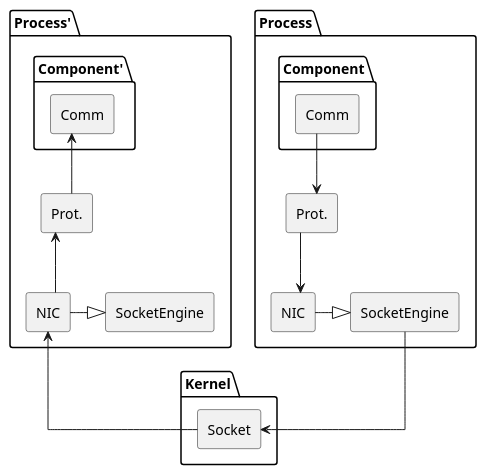
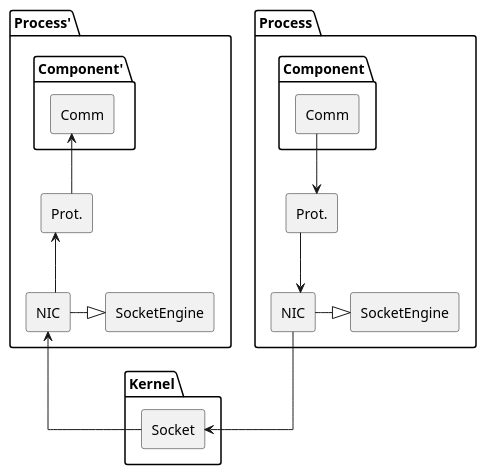
Before and after one commit to jcconnects/UFSC-INE5424: the diagram in doc/uml/02-process_thread_diagram.puml, drawn with PlantUML. The commit also changed 11 other files, not shown here.

Commit message:
move tests and classes diagrams to specific folders

```diff
--- a/doc/uml/02-process_thread_diagram.puml
+++ b/doc/uml/02-process_thread_diagram.puml
@@ -1,44 +1,44 @@
 @startuml 02-process_thread_diagram
 
 ' Style definitions
 skinparam componentStyle rectangle
 skinparam backgroundColor white
 skinparam linetype ortho
 
 ' Process Components
 package "Process" {
   package "Component" {
     component [Comm] as comm1
   }
   component [Prot.] as prot1
   component [NIC] as nic1
   component [SocketEngine] as SocketEngine1
   
   comm1 --> prot1
   prot1 --> nic1
   nic1 -|> SocketEngine1
 }
 
 ' Second Process with Threads
 package "Process'" {
   package "Component'" {
     component [Comm] as comm2
   }
     component [Prot.] as prot2
     component [NIC] as nic2
     component [SocketEngine] as SocketEngine2
     
   nic2 -|> SocketEngine2
   prot2 <-- nic2 
   comm2 <-- prot2 
 }
 
 ' Kernel architecture section
 package "Kernel" {
   component [Socket] as socket
   
-  SocketEngine1 --> socket
+  nic1--> socket
   nic2 <-- socket
 }
 
 @enduml 
```
